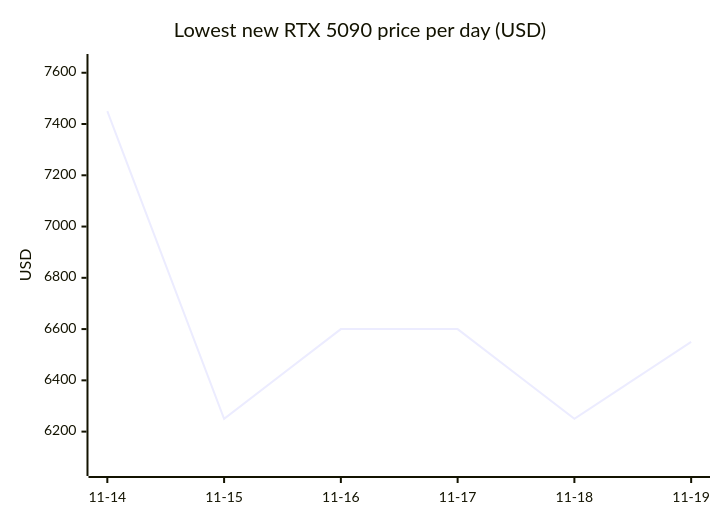
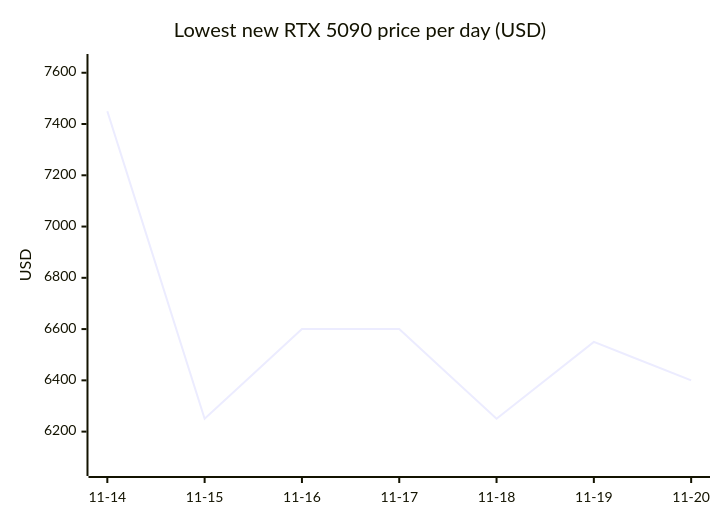
The sixth of 18 diagrams in README.md (7324136828/4tb_ssd_price_watch), drawn with Mermaid before and after one commit. The commit also changed other lines of this file, not shown here.

````diff
--- a/README.md
+++ b/README.md
@@ -718,7 +754,7 @@
 ```mermaid
 xychart-beta
     title "Lowest new RTX 5090 price per day (USD)"
-    x-axis ["11-14", "11-15", "11-16", "11-17", "11-18", "11-19"]
+    x-axis ["11-14", "11-15", "11-16", "11-17", "11-18", "11-19", "11-20"]
     y-axis "USD" 6060 --> 7640
-    line [7450.00, 6249.99, 6599.99, 6599.99, 6249.99, 6549.99]
+    line [7450.00, 6249.99, 6599.99, 6599.99, 6249.99, 6549.99, 6399.99]
 ```
````
